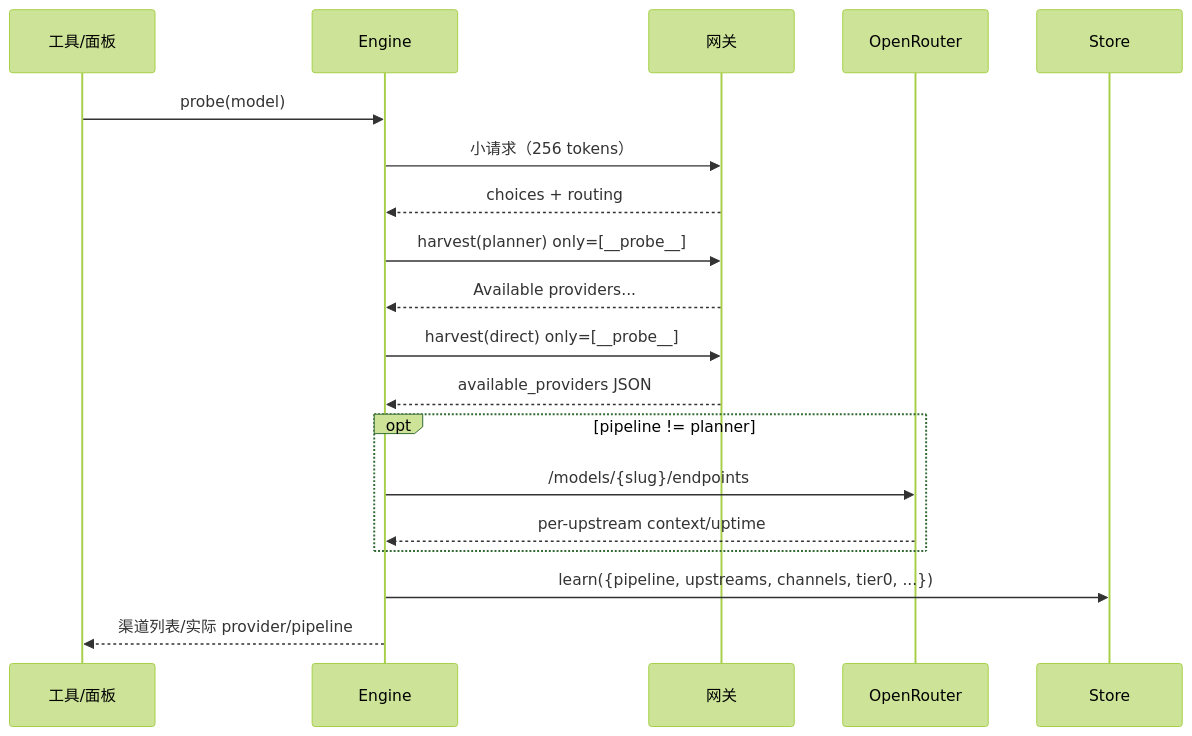
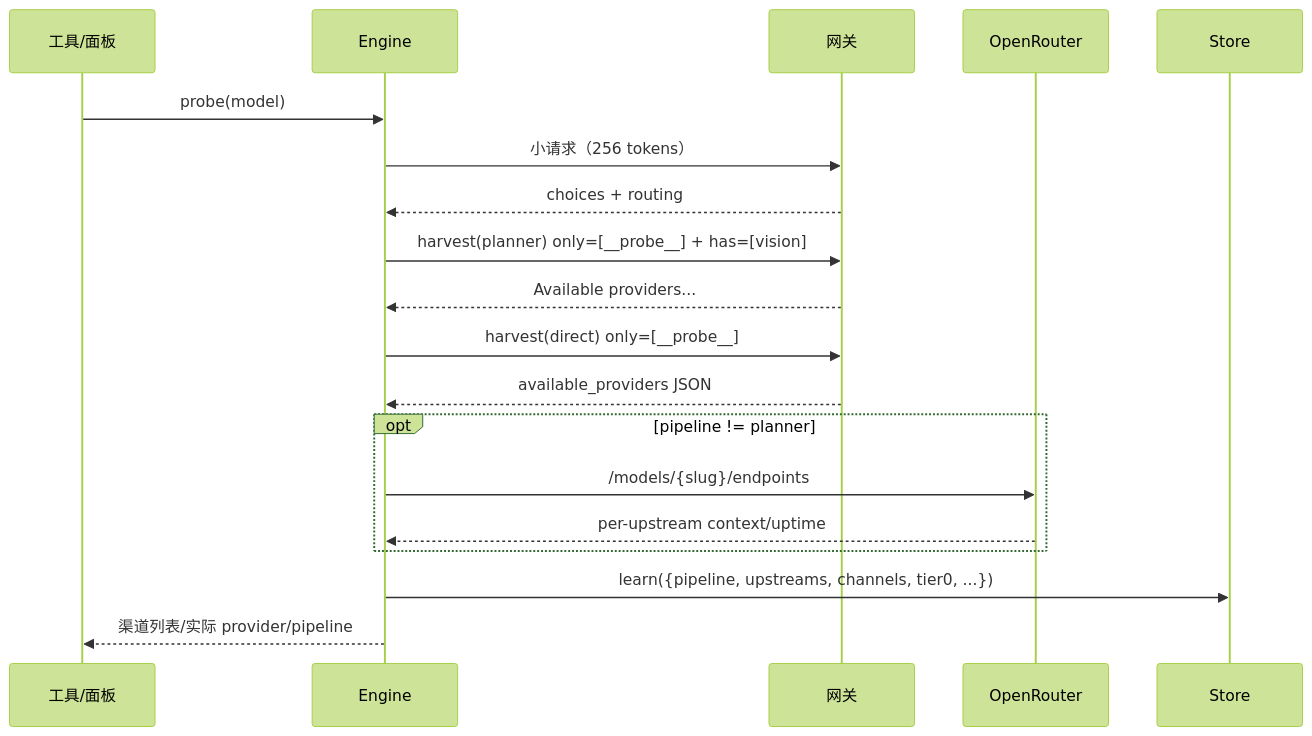
The fourth of 5 diagrams in docs/FUNCTIONAL-MODULES.md (xsyloong/opencode-cline-pass), drawn with Mermaid (forest theme) before and after one commit. The commit also changed other lines of this file and 20 other files, not shown here.

````diff
--- a/docs/FUNCTIONAL-MODULES.md
+++ b/docs/FUNCTIONAL-MODULES.md
@@ -846,22 +906,22 @@
 ```mermaid
 sequenceDiagram
   participant T as 工具/面板
   participant E as Engine
   participant GW as 网关
   participant OR as OpenRouter
   participant S as Store
 
   T->>E: probe(model)
   E->>GW: 小请求（256 tokens）
   GW-->>E: choices + routing
-  E->>GW: harvest(planner) only=[__probe__]
+  E->>GW: harvest(planner) only=[__probe__] + has=[vision]
   GW-->>E: Available providers...
   E->>GW: harvest(direct) only=[__probe__]
   GW-->>E: available_providers JSON
   opt pipeline != planner
     E->>OR: /models/{slug}/endpoints
     OR-->>E: per-upstream context/uptime
   end
   E->>S: learn({pipeline, upstreams, channels, tier0, ...})
   E-->>T: 渠道列表/实际 provider/pipeline
 ```
````
